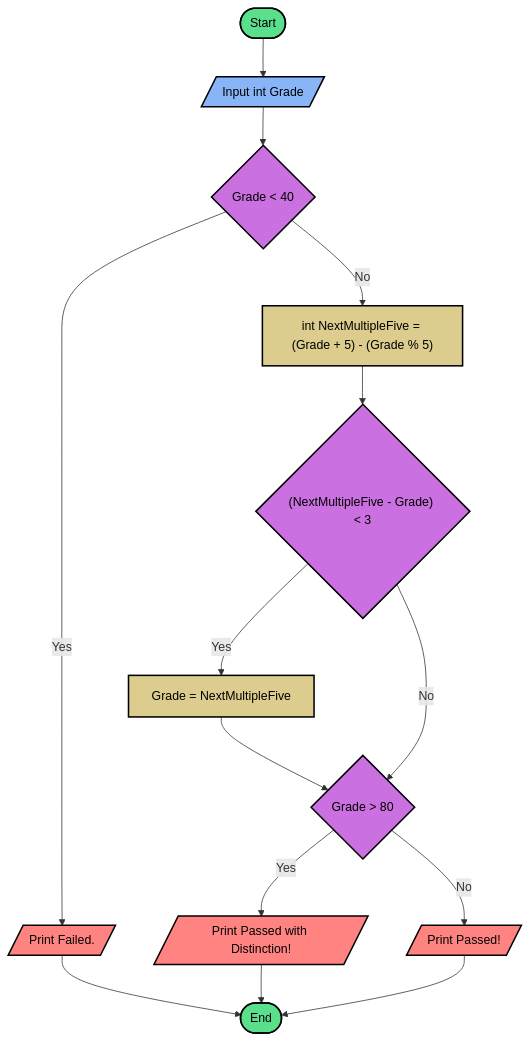
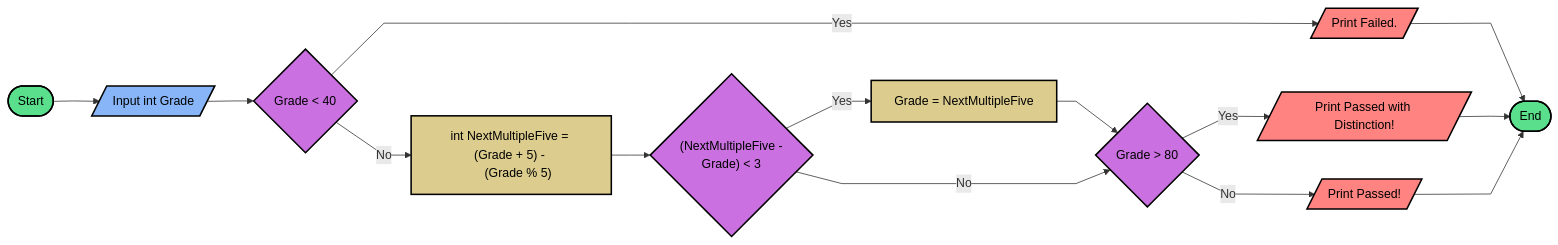
The diagram in ChallengeIntroCoding/Problem1.md (JuMaxi/ChallengeIntroCoding-CodeFirstGirls), drawn with Mermaid before and after one commit.

Commit message:
Flowchart Problem1 - change orientation

````diff
--- a/ChallengeIntroCoding/Problem1.md
+++ b/ChallengeIntroCoding/Problem1.md
@@ -6,38 +6,41 @@
 ```mermaid
-flowchart TD
+%%{ init: { 'flowchart': { 'curve': 'linear' } } }%%
+flowchart LR
     id1([Start])
     id2[/Input int Grade/]
     id3{Grade < 40}
     id4[/Print Failed./]
-    id5["int NextMultipleFive = #lpar;Grade + 5#rpar; - #lpar;Grade % 5#rpar;"]
-    id6{"#lpar;NextMultipleFive - Grade#rpar; < 3"}
+    id5["int NextMultipleFive = #lpar;Grade + 5#rpar; - 
+    #lpar;Grade % 5#rpar;"]
+    id6{"#lpar;NextMultipleFive - 
+    Grade#rpar; < 3"}
     id7[Grade = NextMultipleFive]
     id8{Grade > 80}
     id9[/Print Passed with Distinction!/]
     id10[/Print Passed!/]
     id11([End])
 
     id1 --> id2 --> id3
     id3 -- Yes --> id4
     id3 -- No --> id5
     id5 --> id6 -- Yes --> id7 --> id8
     id6 -- No --> id8
     id8 -- Yes --> id9
     id8 -- No --> id10
     id4 --> id11
     id9 --> id11
     id10 --> id11
     
     style id1 fill:#5AE08D,stroke:black,stroke-width:2px,color:black
     style id11 fill:#5AE08D,stroke:black,stroke-width:2px,color:black;
     style id2 fill:#88B5F7,stroke:black,stroke-width:2px,color:black;
     style id4 fill:#FF8380,stroke:black,stroke-width:2px,color:black;
     style id9 fill:#FF8380,stroke:black,stroke-width:2px,color:black;
     style id10 fill:#FF8380,stroke:black,stroke-width:2px,color:black;
     style id3 fill:#CA70E0,stroke:black,stroke-width:2px,color:black;
     style id6 fill:#CA70E0,stroke:black,stroke-width:2px,color:black;
     style id8 fill:#CA70E0,stroke:black,stroke-width:2px,color:black;
     style id5 fill:#DCCD8F,stroke:black,stroke-width:2px,color:black;
     style id7 fill:#DCCD8F,stroke:black,stroke-width:2px,color:black;
 
 ```
````
